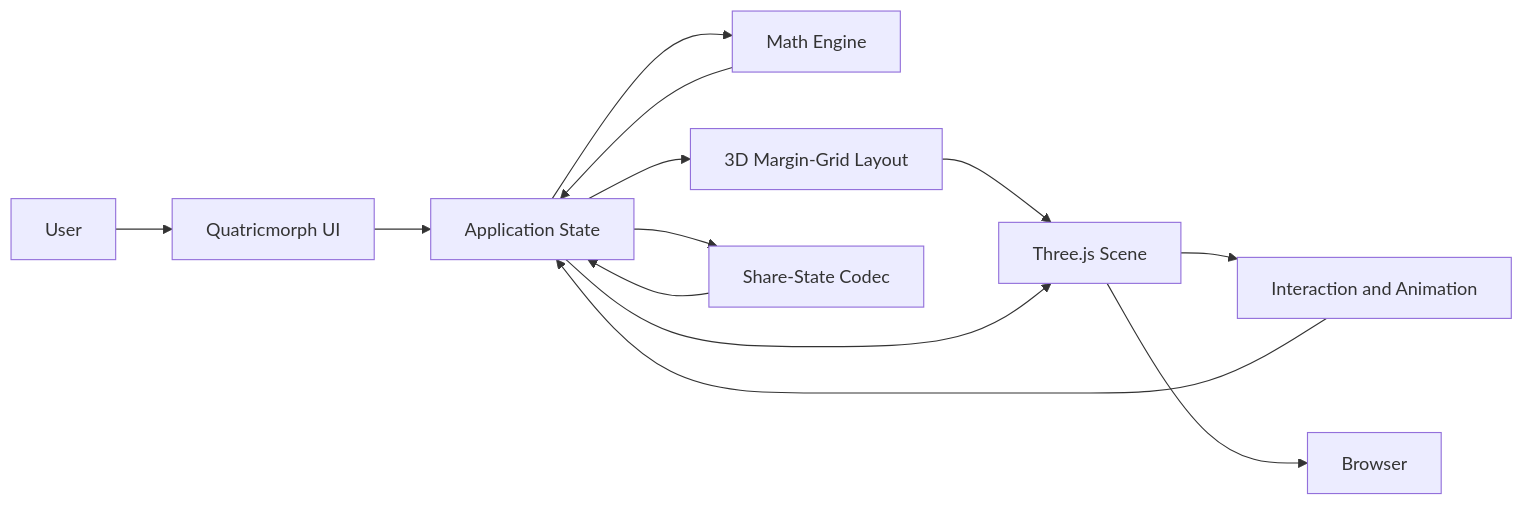
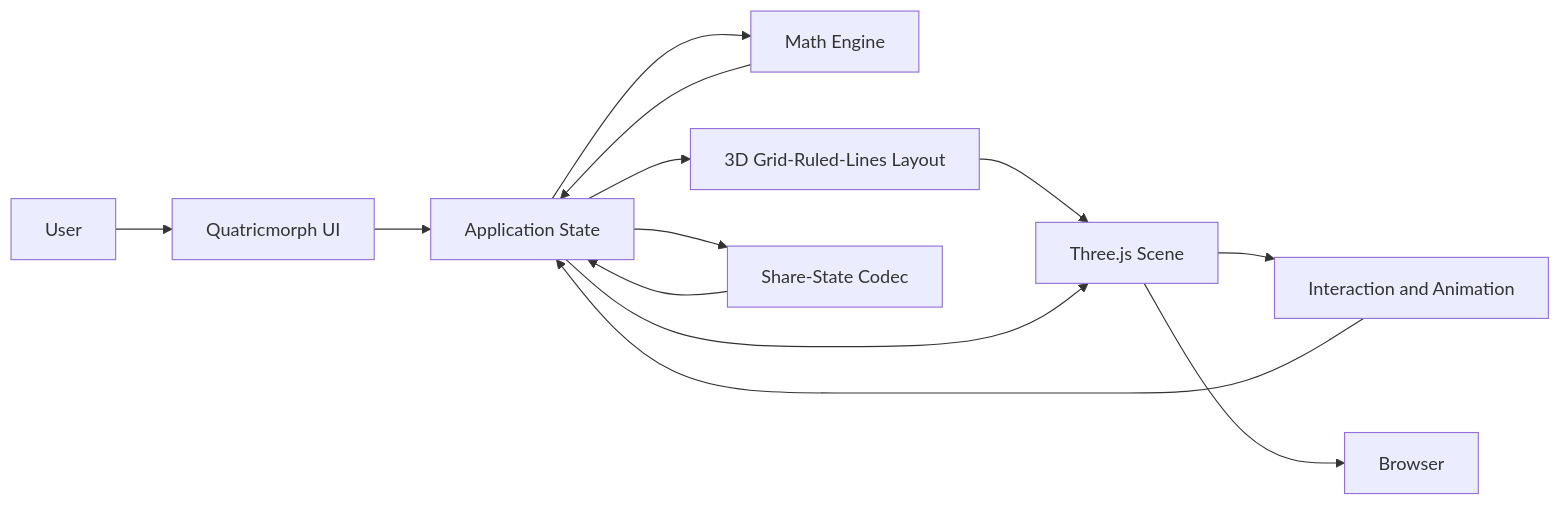
The first of 2 diagrams in SYSTEM_ARCHITECTURE.md (quatricmorph/quatricmorph), drawn with Mermaid before and after one commit. The commit also changed other lines of this file and 42 other files, not shown here.

````diff
--- a/SYSTEM_ARCHITECTURE.md
+++ b/SYSTEM_ARCHITECTURE.md
@@ -346,33 +346,33 @@
 ```mermaid
 flowchart LR
     User[User]
 
     Browser[Browser]
 
     UI[Quatricmorph UI]
 
     AppState[Application State]
 
     Math[Math Engine]
 
-    Layout[3D Margin-Grid Layout]
+    Layout[3D Grid-Ruled-Lines Layout]
 
     Scene[Three.js Scene]
 
     Interaction[Interaction and Animation]
 
     Share[Share-State Codec]
 
     User --> UI
     UI --> AppState
     AppState --> Math
     AppState --> Layout
     Math --> AppState
     Layout --> Scene
     AppState --> Scene
     Scene --> Interaction
     Interaction --> AppState
     AppState --> Share
     Share --> AppState
     Scene --> Browser
 ```
````
